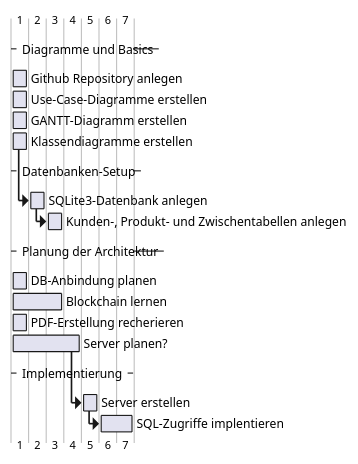
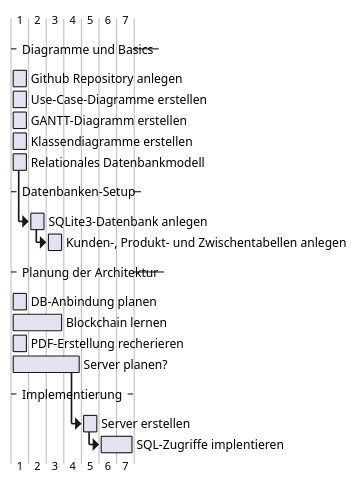
One commit to Malte-cbm/node_projekt changed the diagram in gantt.pu. Above: the diagram before and after it, drawn with PlantUML. The commit also changed 1 other file, not shown here.

Commit message:
use case diagramm unkomplett

```diff
--- a/gantt.pu
+++ b/gantt.pu
@@ -2,27 +2,28 @@
 @startgantt Gantt-Diagramm
 
 --Diagramme und Basics--
 
 [Github Repository anlegen] requires 1 day
 [Use-Case-Diagramme erstellen] requires 1 day
 [GANTT-Diagramm erstellen] requires 1 day
 [Klassendiagramme erstellen] requires 1 day
+[Relationales Datenbankmodell] requires 1 day
 
 --Datenbanken-Setup--
 [SQLite3-Datenbank anlegen] requires 1 day 
-[SQLite3-Datenbank anlegen] starts at [Klassendiagramme erstellen]'s end
+[SQLite3-Datenbank anlegen] starts at [Relationales Datenbankmodell]'s end
 [Kunden-, Produkt- und Zwischentabellen anlegen] requires 1 day
 [Kunden-, Produkt- und Zwischentabellen anlegen] starts at [SQLite3-Datenbank anlegen]'s end
 
 --Planung der Architektur--
 [DB-Anbindung planen] requires 1 day
 [Blockchain lernen] requires 3 days
 [PDF-Erstellung recherieren] requires 1 day
 [Server planen?] requires 4 days
 
 --Implementierung--
 [Server erstellen] requires 1 day
 [Server erstellen] starts at [Server planen?]'s end
 [SQL-Zugriffe implentieren] requires 2 days
 [SQL-Zugriffe implentieren] starts at [Server erstellen]'s end
 @endgantt
```
